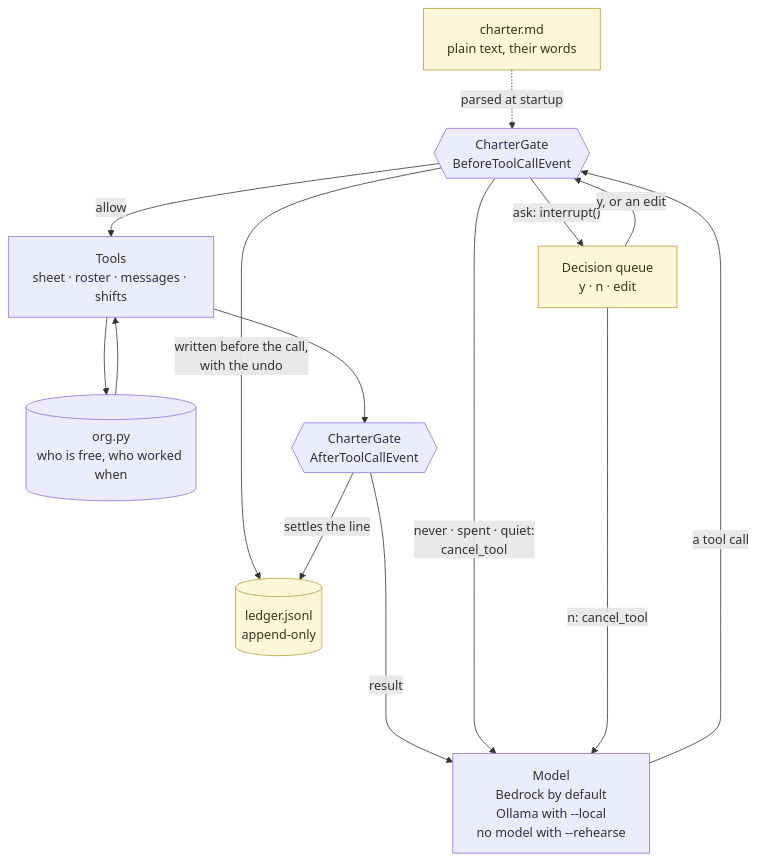
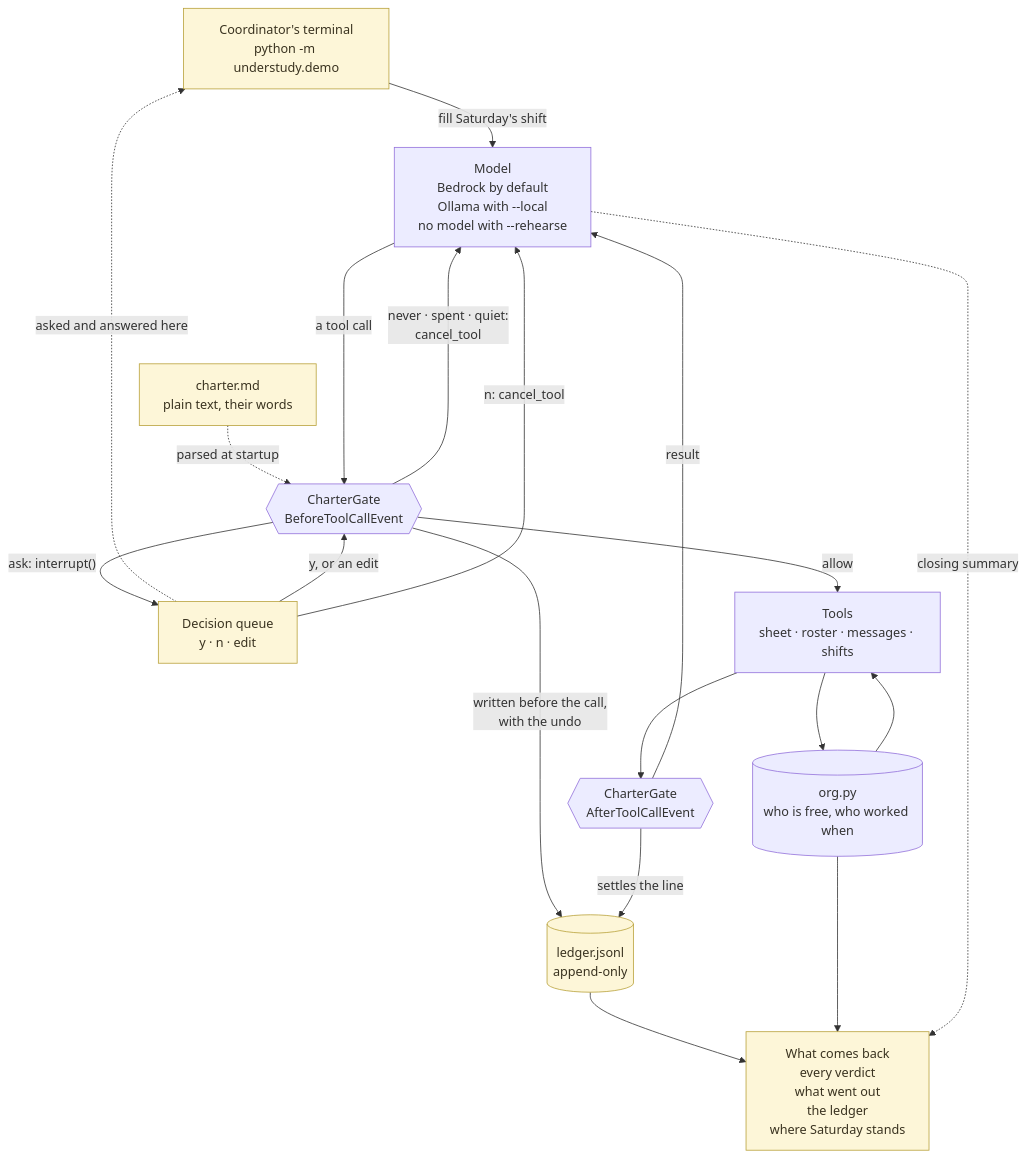
Before and after one commit to jtmuller5/understudy: the diagram in README.md, drawn with Mermaid. The commit also changed other lines of this file and 1 other file, not shown here.

Commit message:
Understudy: add the interface and output boxes to the README diagram

````diff
--- a/README.md
+++ b/README.md
@@ -135,28 +136,35 @@
 ```mermaid
 flowchart TB
+    CLI["Coordinator's terminal<br/>python #45;m understudy.demo"]
     CH["charter.md<br/>plain text, their words"]
     M["Model<br/>Bedrock by default<br/>Ollama with #45;#45;local<br/>no model with #45;#45;rehearse"]
     B{{"CharterGate<br/>BeforeToolCallEvent"}}
     Q["Decision queue<br/>y · n · edit"]
     LG[("ledger.jsonl<br/>append-only")]
     T["Tools<br/>sheet · roster · messages · shifts"]
     DATA[("org.py<br/>who is free, who worked when")]
     A{{"CharterGate<br/>AfterToolCallEvent"}}
+    OUT["What comes back<br/>every verdict<br/>what went out<br/>the ledger<br/>where Saturday stands"]
 
+    CLI -->|"fill Saturday's shift"| M
+    Q -.->|"asked and answered here"| CLI
     CH -.->|"parsed at startup"| B
     M ---->|"a tool call"| B
     B -->|"ask: interrupt()"| Q
     Q -->|"y, or an edit"| B
     B -->|"allow"| T
     B -->|"written before the call,<br/>with the undo"| LG
     T --> DATA
     DATA --> T
     T --> A
     A -->|"settles the line"| LG
     A ---->|"result"| M
     B ---->|"never · spent · quiet:<br/>cancel_tool"| M
     Q ---->|"n: cancel_tool"| M
+    LG --> OUT
+    DATA --> OUT
+    M -.->|"closing summary"| OUT
 
     classDef human fill:#fdf6d8,stroke:#b8a13a,color:#3a3320
-    class CH,Q,LG human
+    class CLI,CH,Q,LG,OUT human
 ```
````
